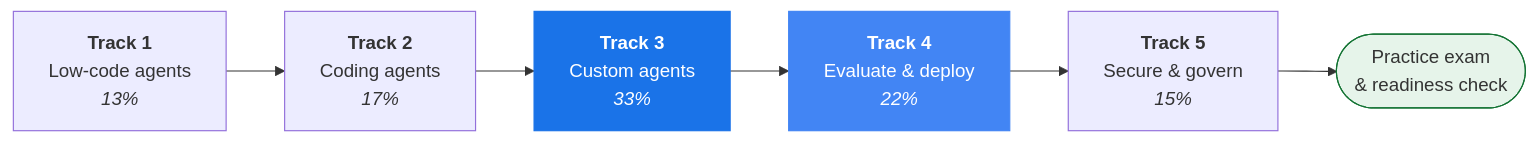
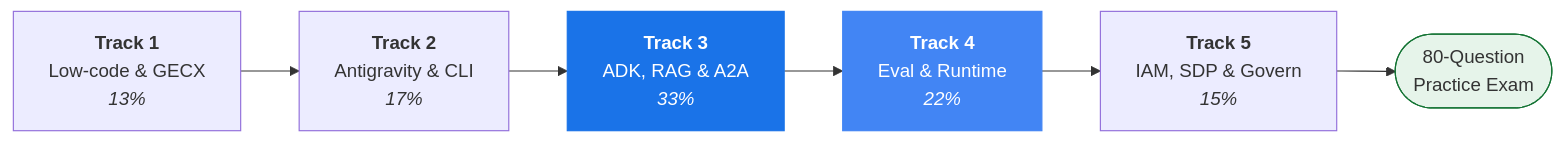
Before and after one commit to cmanikandan/gcp-certification-professional-agentic-architect: the second of 2 diagrams in README.md, drawn with Mermaid. The commit also changed other lines of this file and 78 other files, not shown here.

Commit message:
Rewrite course & 80-question practice exam for official Exam Guide & Beta insights

````diff
--- a/README.md
+++ b/README.md
@@ -62,12 +64,12 @@
 ```mermaid
 graph LR
-    T1["<b>Track 1</b><br/>Low-code agents<br/><i>13%</i>"] --> T2["<b>Track 2</b><br/>Coding agents<br/><i>17%</i>"]
-    T2 --> T3["<b>Track 3</b><br/>Custom agents<br/><i>33%</i>"]
-    T3 --> T4["<b>Track 4</b><br/>Evaluate &amp; deploy<br/><i>22%</i>"]
-    T4 --> T5["<b>Track 5</b><br/>Secure &amp; govern<br/><i>15%</i>"]
-    T5 --> EX(["Practice exam<br/>&amp; readiness check"])
+    T1["<b>Track 1</b><br/>Low-code &amp; GECX<br/><i>13%</i>"] --> T2["<b>Track 2</b><br/>Antigravity &amp; CLI<br/><i>17%</i>"]
+    T2 --> T3["<b>Track 3</b><br/>ADK, RAG &amp; A2A<br/><i>33%</i>"]
+    T3 --> T4["<b>Track 4</b><br/>Eval &amp; Runtime<br/><i>22%</i>"]
+    T4 --> T5["<b>Track 5</b><br/>IAM, SDP &amp; Govern<br/><i>15%</i>"]
+    T5 --> EX(["80-Question<br/>Practice Exam"])
 
     style T3 fill:#1a73e8,color:#ffffff,stroke:#1a73e8
     style T4 fill:#4285f4,color:#ffffff,stroke:#4285f4
     style EX fill:#e6f4ea,stroke:#137333
 ```
````
